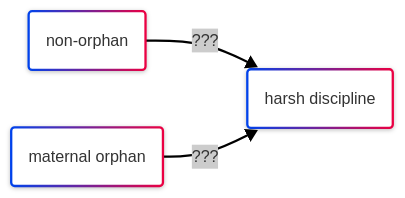
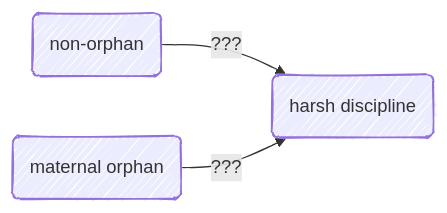
One commit to agrogan1/closeread changed the diagram in orphan/diagrams.md. Above: the diagram before and after it, drawn with Mermaid.

````diff
--- a/orphan/diagrams.md
+++ b/orphan/diagrams.md
@@ -1,10 +1,10 @@
 ```mermaid
 ---
 config:
-  look: neo
-  theme: neo
+  look: handDrawn
+  theme: default
 ---
 flowchart LR
   nonorphan(non-orphan) --> |"???"| harshdiscipline(harsh discipline)
   maternalorphan(maternal orphan) --> |"???"| harshdiscipline(harsh discipline)
 ```
````
